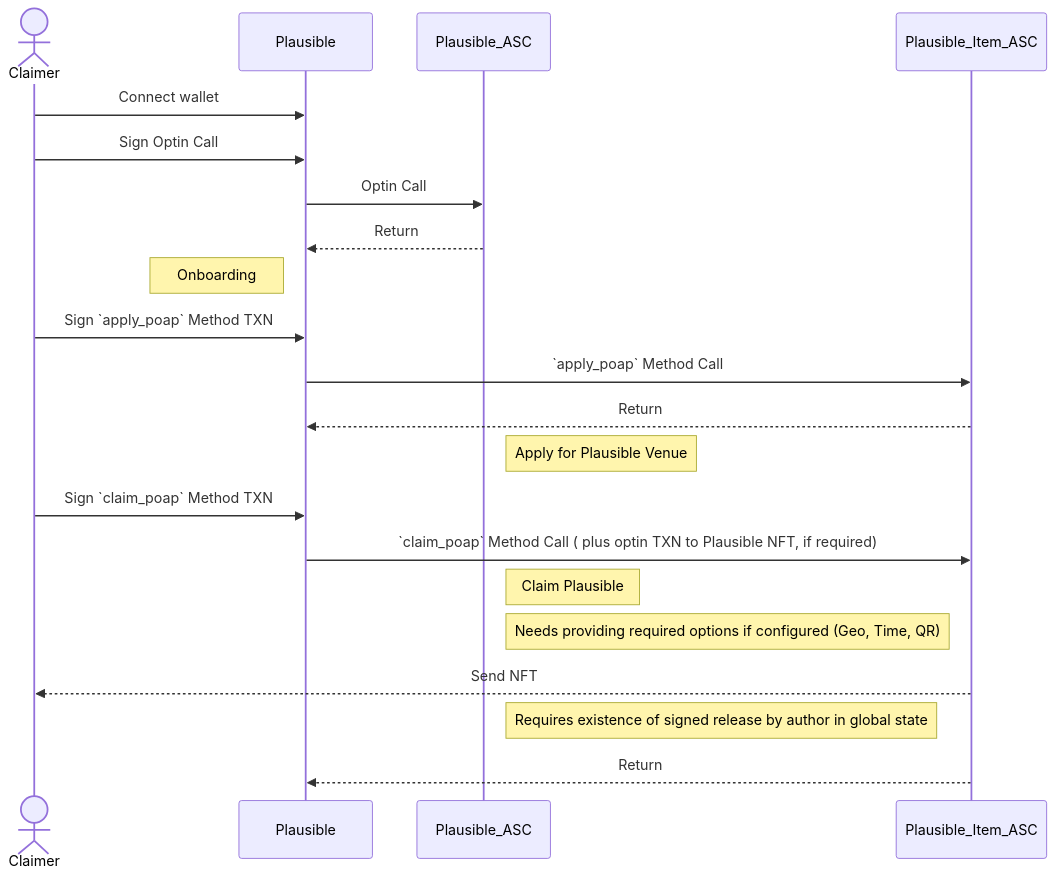
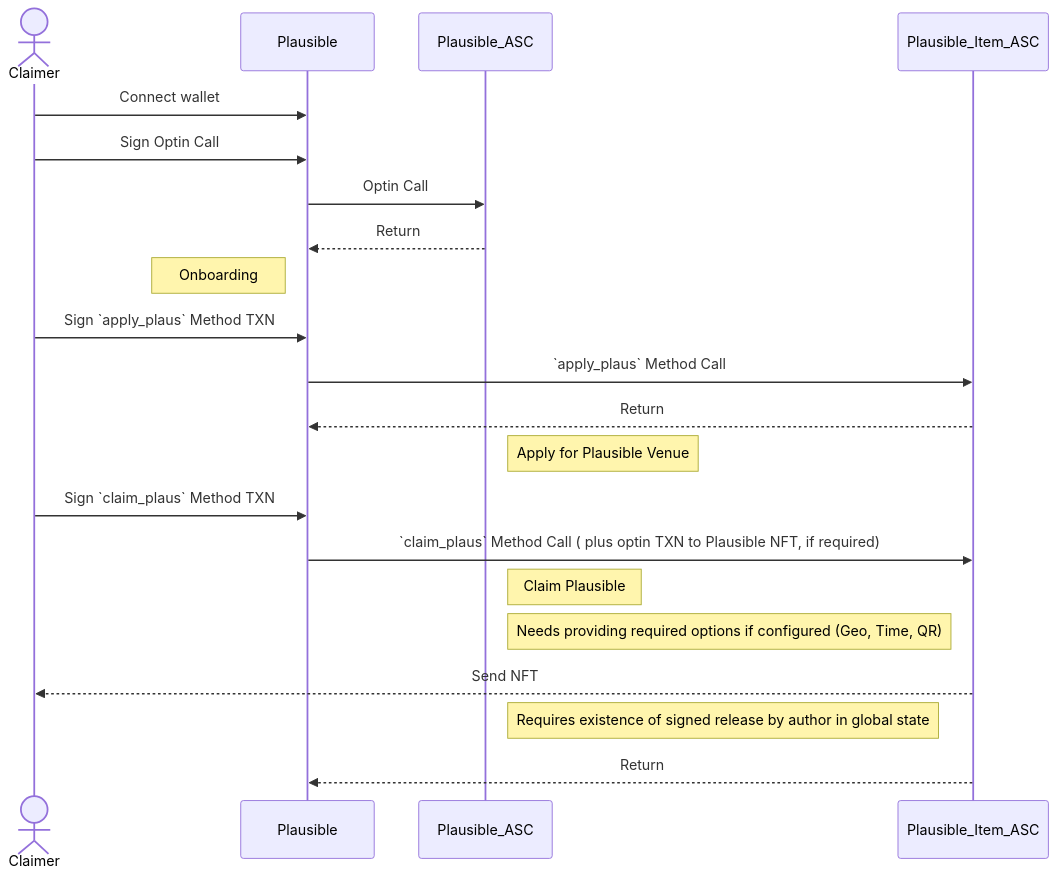
Before and after one commit to GoPlausible/.github: the third of 8 diagrams in profile/README.md, drawn with Mermaid. The commit also changed other lines of this file, not shown here.

````diff
--- a/profile/README.md
+++ b/profile/README.md
@@ -167,27 +167,27 @@
 ```mermaid
 sequenceDiagram 
 actor Claimer
 participant Plausible
 participant Plausible_ASC
 participant Plausible_Item_ASC
 Claimer ->> Plausible: Connect wallet
 Claimer ->> Plausible: Sign Optin Call
 Plausible ->> Plausible_ASC: Optin Call
 Plausible_ASC -->> Plausible: Return
 Note left of Plausible: Onboarding
 
-Claimer ->> Plausible: Sign `apply_poap` Method TXN
-Plausible ->> Plausible_Item_ASC:  `apply_poap` Method Call
+Claimer ->> Plausible: Sign `apply_plaus` Method TXN
+Plausible ->> Plausible_Item_ASC:  `apply_plaus` Method Call
 Plausible_Item_ASC -->> Plausible: Return
 Note right of Plausible_ASC: Apply for Plausible Venue
 
 
-Claimer ->> Plausible: Sign `claim_poap` Method TXN
-Plausible ->> Plausible_Item_ASC: `claim_poap` Method Call ( plus optin TXN to Plausible NFT, if required)
+Claimer ->> Plausible: Sign `claim_plaus` Method TXN
+Plausible ->> Plausible_Item_ASC: `claim_plaus` Method Call ( plus optin TXN to Plausible NFT, if required)
 Note right of Plausible_ASC: Claim Plausible
 Note right of Plausible_ASC: Needs providing required options if configured (Geo, Time, QR)
 Plausible_Item_ASC -->> Claimer: Send NFT
 Note right of Plausible_ASC: Requires existence of signed release by author in global state
 Plausible_Item_ASC -->> Plausible: Return
 
 ```
````
